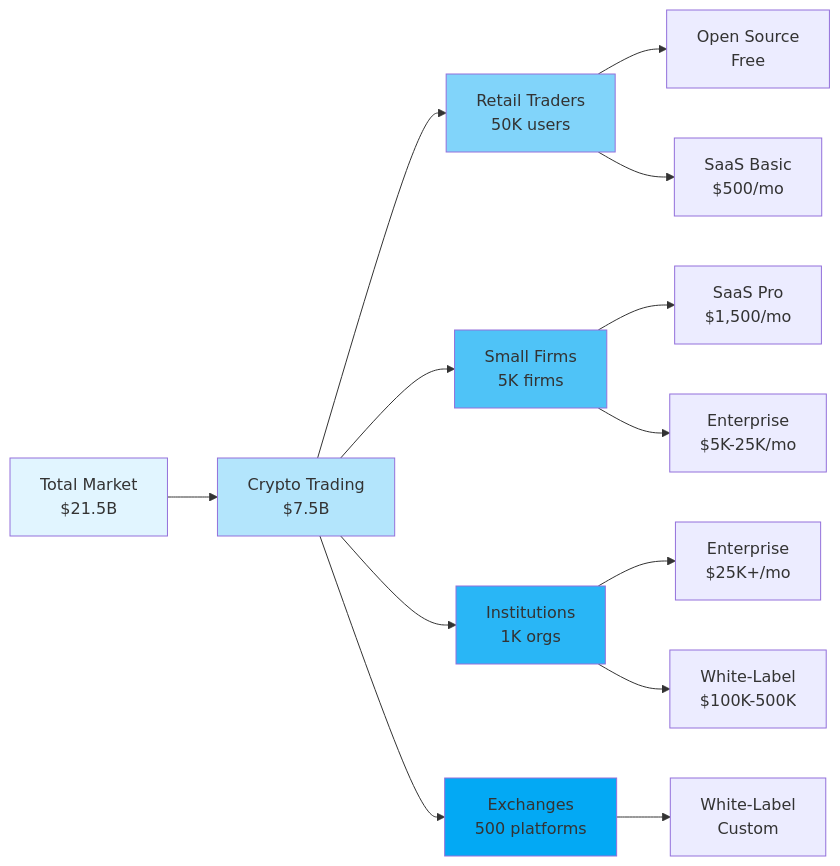
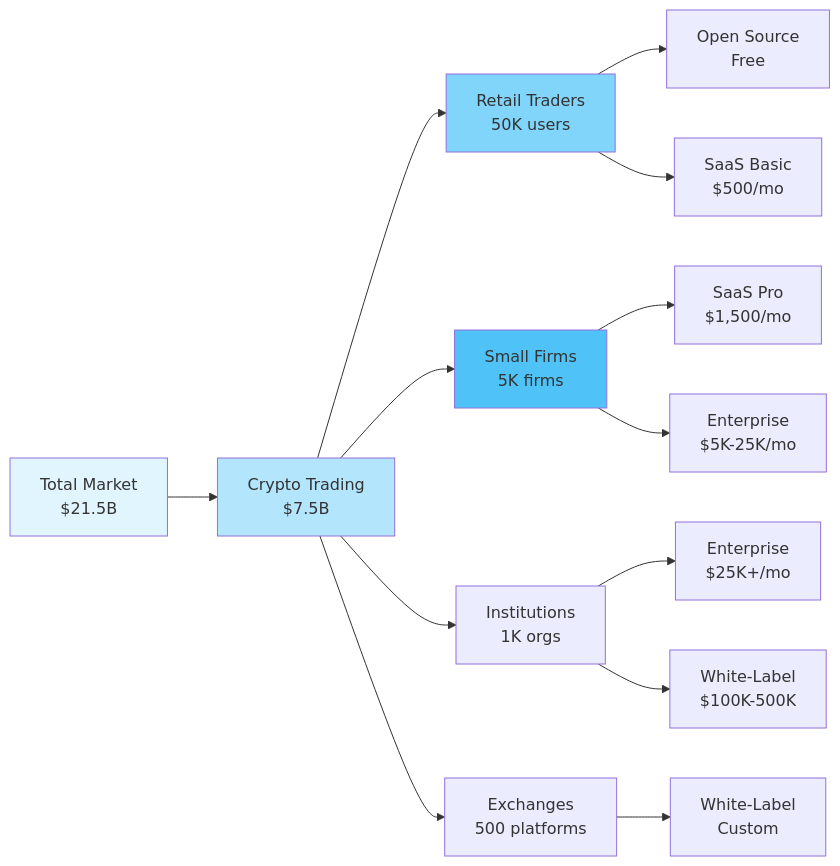
Before and after one commit to abdoElHodaky/tradSys: the fifth of 52 diagrams in diagrams.md, drawn with Mermaid. The commit also changed other lines of this file, not shown here.

````diff
--- a/diagrams.md
+++ b/diagrams.md
@@ -456,26 +135,24 @@
 ```mermaid
 graph LR
-    A[Total Market<br/>$21.5B] --> B[Crypto Trading<br/>$7.5B]
-    B --> C1[Retail Traders<br/>50K users]
-    B --> C2[Small Firms<br/>5K firms]
-    B --> C3[Institutions<br/>1K orgs]
-    B --> C4[Exchanges<br/>500 platforms]
+    A["Total Market<br/>$21.5B"] --> B["Crypto Trading<br/>$7.5B"]
+    B --> C1["Retail Traders<br/>50K users"]
+    B --> C2["Small Firms<br/>5K firms"]
+    B --> C3["Institutions<br/>1K orgs"]
+    B --> C4["Exchanges<br/>500 platforms"]
     
-    C1 --> D1[Open Source<br/>Free]
-    C1 --> D2[SaaS Basic<br/>$500/mo]
+    C1 --> D1["Open Source<br/>Free"]
+    C1 --> D2["SaaS Basic<br/>$500/mo"]
     
-    C2 --> E1[SaaS Pro<br/>$1,500/mo]
-    C2 --> E2[Enterprise<br/>$5K-25K/mo]
+    C2 --> E1["SaaS Pro<br/>$1,500/mo"]
+    C2 --> E2["Enterprise<br/>$5K-25K/mo"]
     
-    C3 --> F1[Enterprise<br/>$25K+/mo]
-    C3 --> F2[White-Label<br/>$100K-500K]
+    C3 --> F1["Enterprise<br/>$25K+/mo"]
+    C3 --> F2["White-Label<br/>$100K-500K"]
     
-    C4 --> G1[White-Label<br/>Custom]
+    C4 --> G1["White-Label<br/>Custom"]
     
     style A fill:#e1f5ff
     style B fill:#b3e5fc
     style C1 fill:#81d4fa
     style C2 fill:#4fc3f7
-    style C3 fill:#29b6f6
-    style C4 fill:#03a9f4
 ```
````
